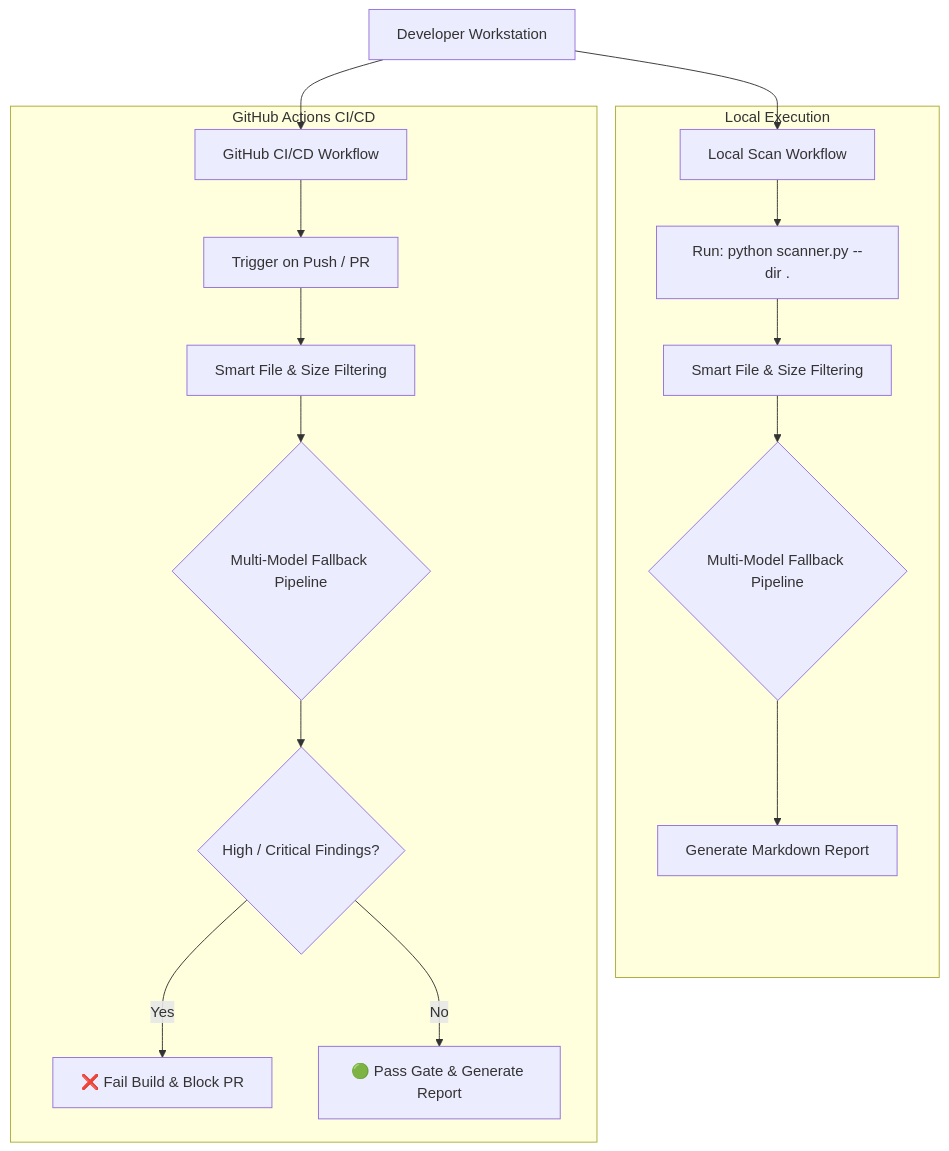
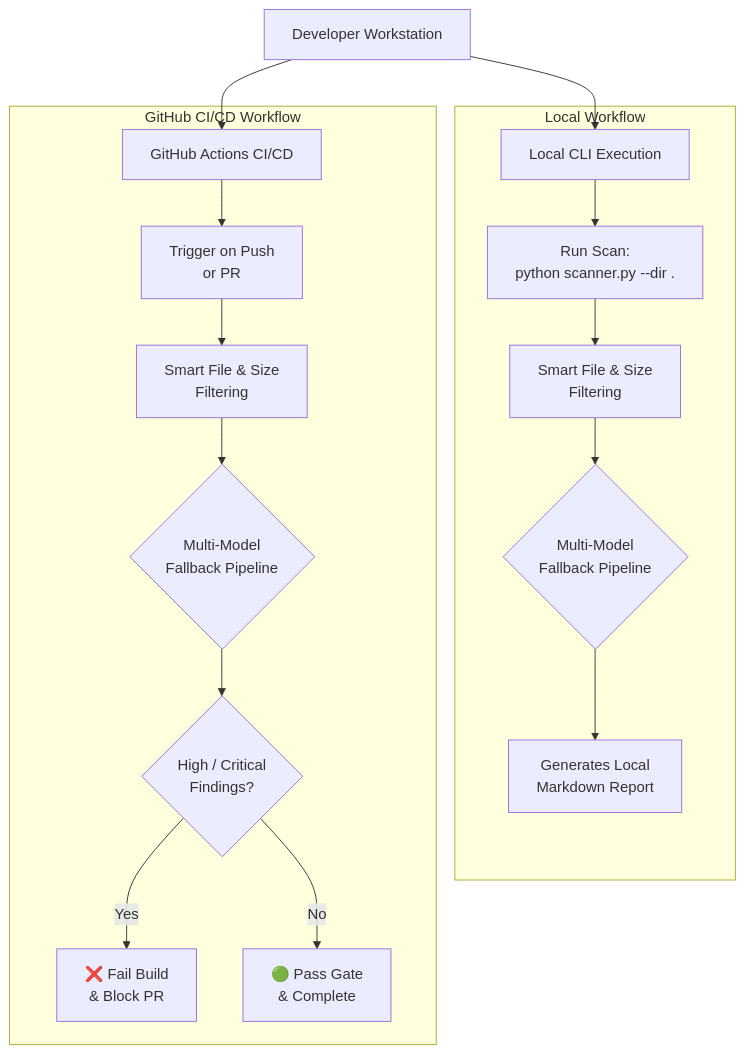
The diagram in README.md (donaldlew/Ai-Scanner), drawn with Mermaid before and after one commit.

````diff
--- a/README.md
+++ b/README.md
@@ -15,22 +15,22 @@
 ```mermaid
 graph TD
-    Dev[Developer Workstation] --> Local[Local Scan Workflow]
-    Dev --> GitHub[GitHub CI/CD Workflow]
+    Dev[Developer Workstation] --> Local[Local CLI Execution]
+    Dev --> GitHub[GitHub Actions CI/CD]
 
-    subgraph "Local Execution"
-        Local --> LocalCLI[Run: python scanner.py --dir .]
-        LocalCLI --> LocalFilter[Smart File & Size Filtering]
-        LocalFilter --> LocalLLM{Multi-Model Fallback Pipeline}
-        LocalLLM --> LocalReport[Generate Markdown Report]
+    subgraph "Local Workflow"
+        Local --> LocalCLI["Run Scan:<br/>python scanner.py --dir ."]
+        LocalCLI --> LocalFilter["Smart File & Size<br/>Filtering"]
+        LocalFilter --> LocalLLM{"Multi-Model<br/>Fallback Pipeline"}
+        LocalLLM --> LocalReport["Generates Local<br/>Markdown Report"]
     end
 
-    subgraph "GitHub Actions CI/CD"
-        GitHub --> GHA[Trigger on Push / PR]
-        GHA --> GHAFilter[Smart File & Size Filtering]
-        GHAFilter --> GHALLM{Multi-Model Fallback Pipeline}
-        GHALLM --> GHAGate{High / Critical Findings?}
-        GHAGate -->|Yes| Fail[❌ Fail Build & Block PR]
-        GHAGate -->|No| Pass[🟢 Pass Gate & Generate Report]
+    subgraph "GitHub CI/CD Workflow"
+        GitHub --> GHA["Trigger on Push<br/>or PR"]
+        GHA --> GHAFilter["Smart File & Size<br/>Filtering"]
+        GHAFilter --> GHALLM{"Multi-Model<br/>Fallback Pipeline"}
+        GHALLM --> GHAGate{"High / Critical<br/>Findings?"}
+        GHAGate -->|Yes| Fail["❌ Fail Build<br/>& Block PR"]
+        GHAGate -->|No| Pass["🟢 Pass Gate<br/>& Complete"]
     end
 
 ```
````
